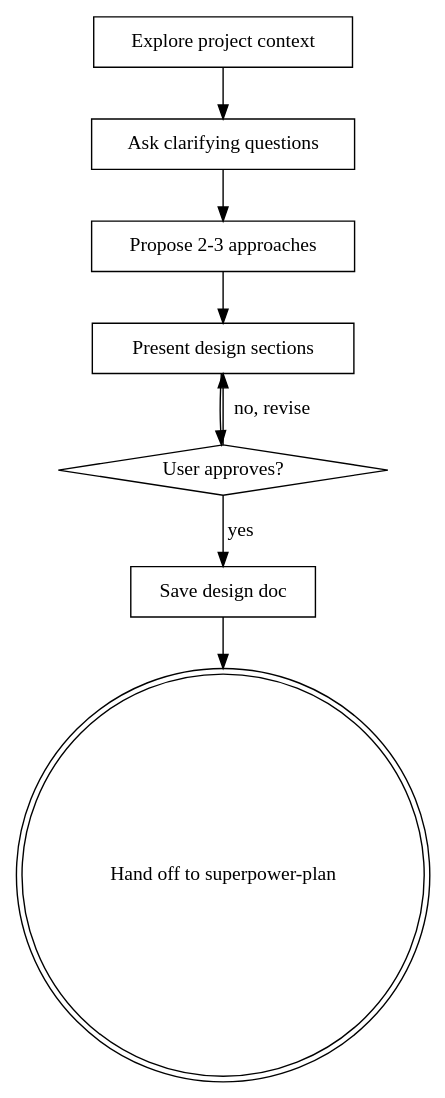
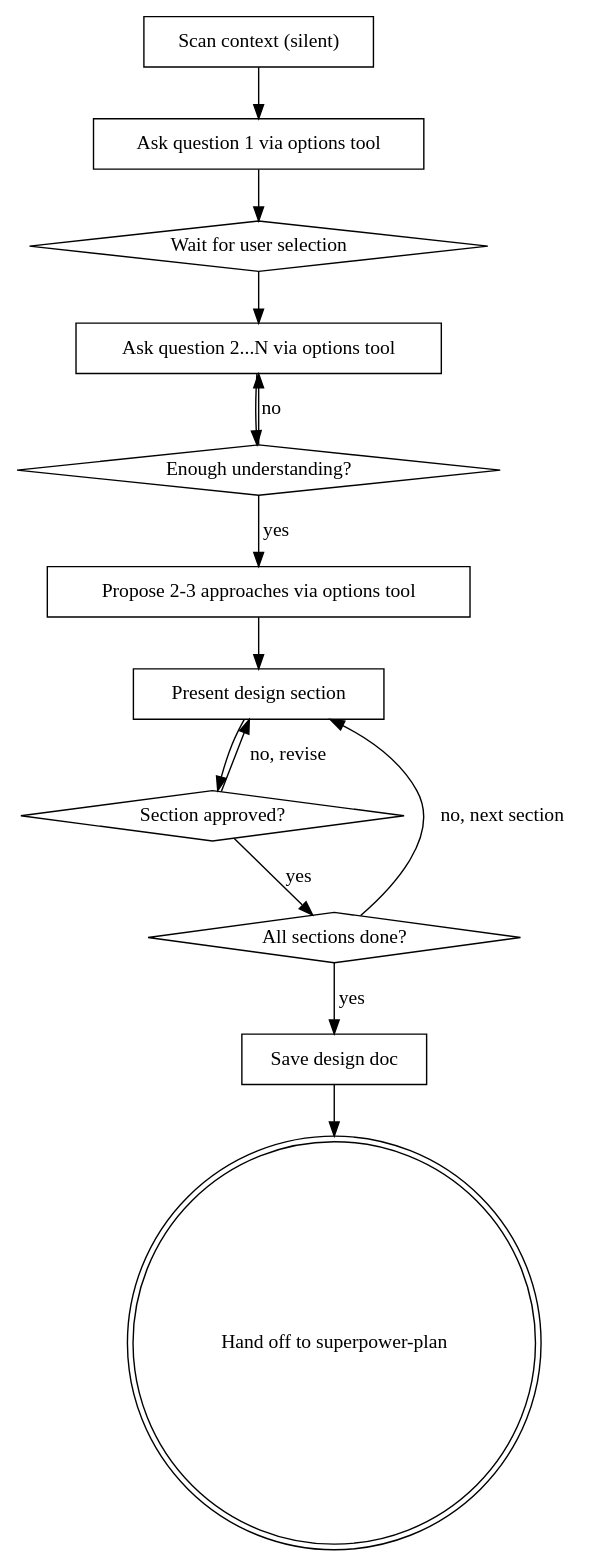
One commit to rainyulei/bitfrog-copilot changed the diagram in agents/superpower-brainstorm.agent.md. Above: the diagram before and after it, drawn with Graphviz. The commit also changed other lines of this file and 9 other files, not shown here.

First line of the commit message:
feat: add Options Tool (languageModelTools) and improve brainstorm UX

````diff
--- a/agents/superpower-brainstorm.agent.md
+++ b/agents/superpower-brainstorm.agent.md
@@ -64,19 +74,29 @@
 ```dot
 digraph brainstorming {
-    "Explore project context" [shape=box];
-    "Ask clarifying questions" [shape=box];
-    "Propose 2-3 approaches" [shape=box];
-    "Present design sections" [shape=box];
-    "User approves?" [shape=diamond];
+    "Scan context (silent)" [shape=box];
+    "Ask question 1 via options tool" [shape=box];
+    "Wait for user selection" [shape=diamond];
+    "Ask question 2...N via options tool" [shape=box];
+    "Enough understanding?" [shape=diamond];
+    "Propose 2-3 approaches via options tool" [shape=box];
+    "Present design section" [shape=box];
+    "Section approved?" [shape=diamond];
+    "All sections done?" [shape=diamond];
     "Save design doc" [shape=box];
     "Hand off to superpower-plan" [shape=doublecircle];
 
-    "Explore project context" -> "Ask clarifying questions";
-    "Ask clarifying questions" -> "Propose 2-3 approaches";
-    "Propose 2-3 approaches" -> "Present design sections";
-    "Present design sections" -> "User approves?";
-    "User approves?" -> "Present design sections" [label="no, revise"];
-    "User approves?" -> "Save design doc" [label="yes"];
+    "Scan context (silent)" -> "Ask question 1 via options tool";
+    "Ask question 1 via options tool" -> "Wait for user selection";
+    "Wait for user selection" -> "Ask question 2...N via options tool";
+    "Ask question 2...N via options tool" -> "Enough understanding?";
+    "Enough understanding?" -> "Ask question 2...N via options tool" [label="no"];
+    "Enough understanding?" -> "Propose 2-3 approaches via options tool" [label="yes"];
+    "Propose 2-3 approaches via options tool" -> "Present design section";
+    "Present design section" -> "Section approved?";
+    "Section approved?" -> "Present design section" [label="no, revise"];
+    "Section approved?" -> "All sections done?" [label="yes"];
+    "All sections done?" -> "Present design section" [label="no, next section"];
+    "All sections done?" -> "Save design doc" [label="yes"];
     "Save design doc" -> "Hand off to superpower-plan";
 }
 ```
````
